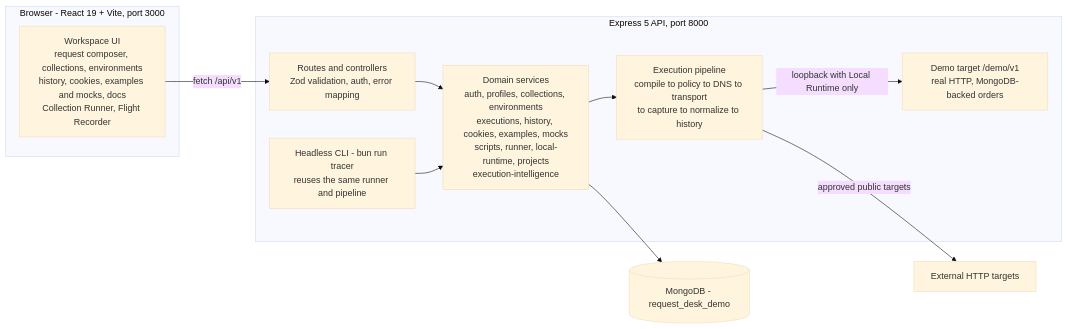
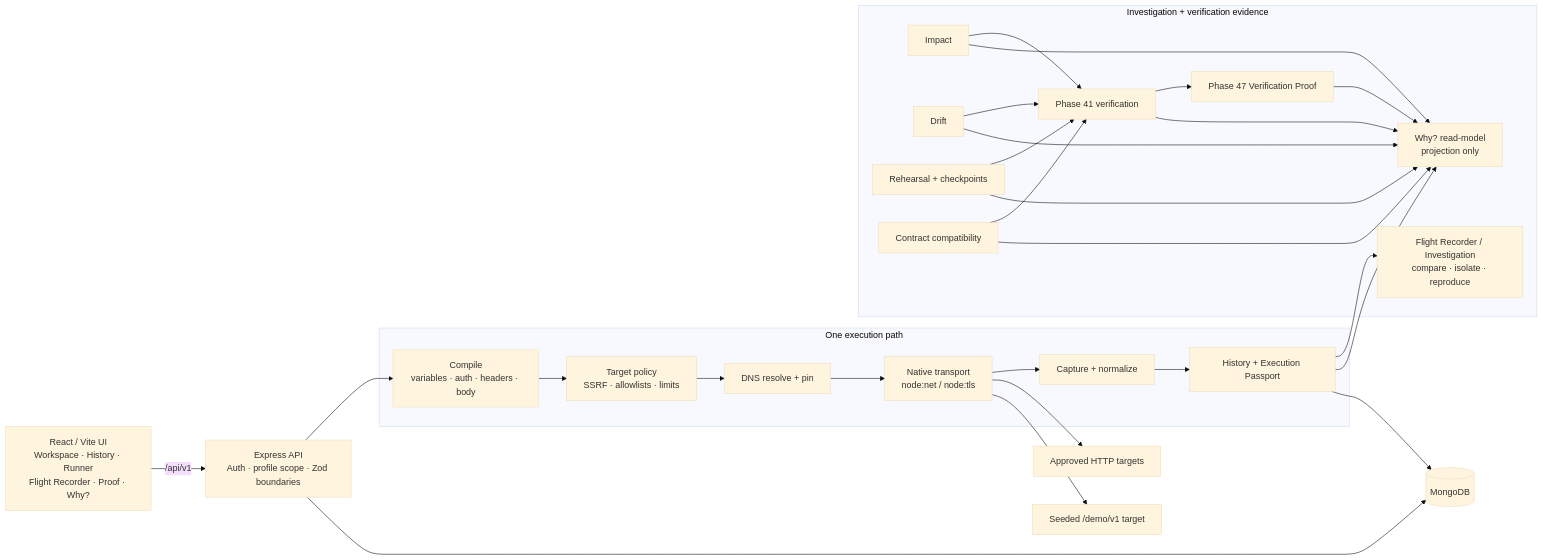
The first of 3 diagrams in README.md (Sathvikar01/coderepo-react-node-postman), drawn with Mermaid (base theme) before and after one commit. The commit also changed other lines of this file, not shown here.

Commit message:
docs: make README reviewer-first and explain architecture

````diff
--- a/README.md
+++ b/README.md
@@ -142,25 +198,50 @@
 ```mermaid
 flowchart LR
-    subgraph FE["Browser - React 19 + Vite, port 3000"]
-        UI["Workspace UI<br/>request composer, collections, environments<br/>history, cookies, examples and mocks, docs<br/>Collection Runner, Flight Recorder"]
+    UI["React / Vite UI<br/>Workspace · History · Runner<br/>Flight Recorder · Proof · Why?"]
+    API["Express API<br/>Auth · profile scope · Zod boundaries"]
+
+    subgraph CORE["One execution path"]
+      COMP["Compile<br/>variables · auth · headers · body"]
+      POL["Target policy<br/>SSRF · allowlists · limits"]
+      DNS["DNS resolve + pin"]
+      NET["Native transport<br/>node:net / node:tls"]
+      CAP["Capture + normalize"]
+      HIST["History + Execution Passport"]
+      COMP --> POL --> DNS --> NET --> CAP --> HIST
     end
 
-    subgraph BE["Express 5 API, port 8000"]
-        Routes["Routes and controllers<br/>Zod validation, auth, error mapping"]
-        Services["Domain services<br/>auth, profiles, collections, environments<br/>executions, history, cookies, examples, mocks<br/>scripts, runner, local-runtime, projects<br/>execution-intelligence"]
-        Pipeline["Execution pipeline<br/>compile to policy to DNS to transport<br/>to capture to normalize to history"]
-        Demo["Demo target /demo/v1<br/>real HTTP, MongoDB-backed orders"]
-        CLI["Headless CLI - bun run tracer<br/>reuses the same runner and pipeline"]
+    subgraph EVID["Investigation + verification evidence"]
+      INV["Flight Recorder / Investigation<br/>compare · isolate · reproduce"]
+      IMP["Impact"]
+      DRIFT["Drift"]
+      REH["Rehearsal + checkpoints"]
+      CONTRACT["Contract compatibility"]
+      VERIFY["Phase 41 verification"]
+      PROOF["Phase 47 Verification Proof"]
+      WHY["Why? read-model<br/>projection only"]
+      IMP --> VERIFY
+      DRIFT --> VERIFY
+      REH --> VERIFY
+      CONTRACT --> VERIFY
+      VERIFY --> PROOF
+      HIST --> INV
+      HIST --> WHY
+      IMP --> WHY
+      DRIFT --> WHY
+      REH --> WHY
+      CONTRACT --> WHY
+      VERIFY --> WHY
+      PROOF --> WHY
     end
 
-    DB[("MongoDB - request_desk_demo")]
-    Targets["External HTTP targets"]
+    DB[("MongoDB")]
+    TARGET["Approved HTTP targets"]
+    DEMO["Seeded /demo/v1 target"]
 
-    UI -->|fetch /api/v1| Routes
-    Routes --> Services
-    Services --> DB
-    Services --> Pipeline
-    Pipeline -->|approved public targets| Targets
-    Pipeline -->|loopback with Local Runtime only| Demo
-    CLI --> Services
+    UI -->|/api/v1| API
+    API --> COMP
+    HIST --> DB
+    API --> DB
+    NET --> TARGET
+    NET --> DEMO
 ```
````
